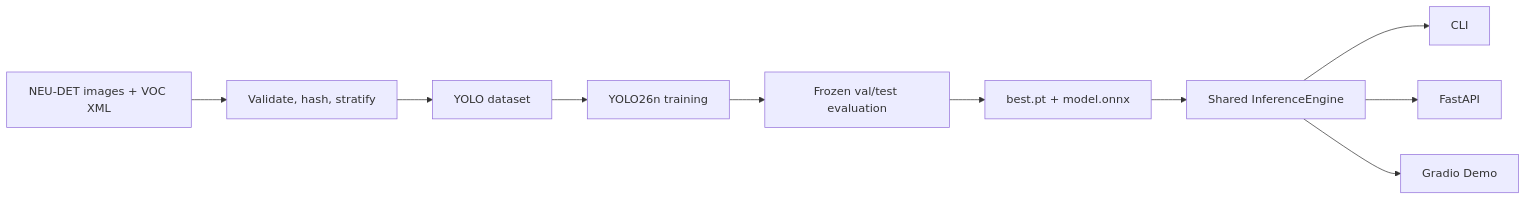
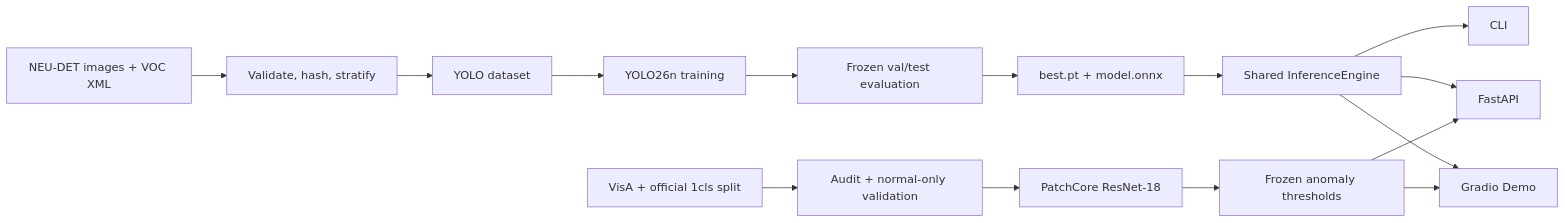
One commit to 5dawn/industrial-defect-inspection changed the diagram in README.md. Above: the diagram before and after it, drawn with Mermaid. The commit also changed other lines of this file and 36 other files, not shown here.

Commit message:
Add VisA PatchCore anomaly localization

````diff
--- a/README.md
+++ b/README.md
@@ -96,12 +96,17 @@
 ```mermaid
 flowchart LR
     A["NEU-DET images + VOC XML"] --> B["Validate, hash, stratify"]
     B --> C["YOLO dataset"]
     C --> D["YOLO26n training"]
     D --> E["Frozen val/test evaluation"]
     E --> F["best.pt + model.onnx"]
     F --> G["Shared InferenceEngine"]
     G --> H["CLI"]
     G --> I["FastAPI"]
     G --> J["Gradio Demo"]
+    K["VisA + official 1cls split"] --> L["Audit + normal-only validation"]
+    L --> M["PatchCore ResNet-18"]
+    M --> N["Frozen anomaly thresholds"]
+    N --> I
+    N --> J
 ```
````
